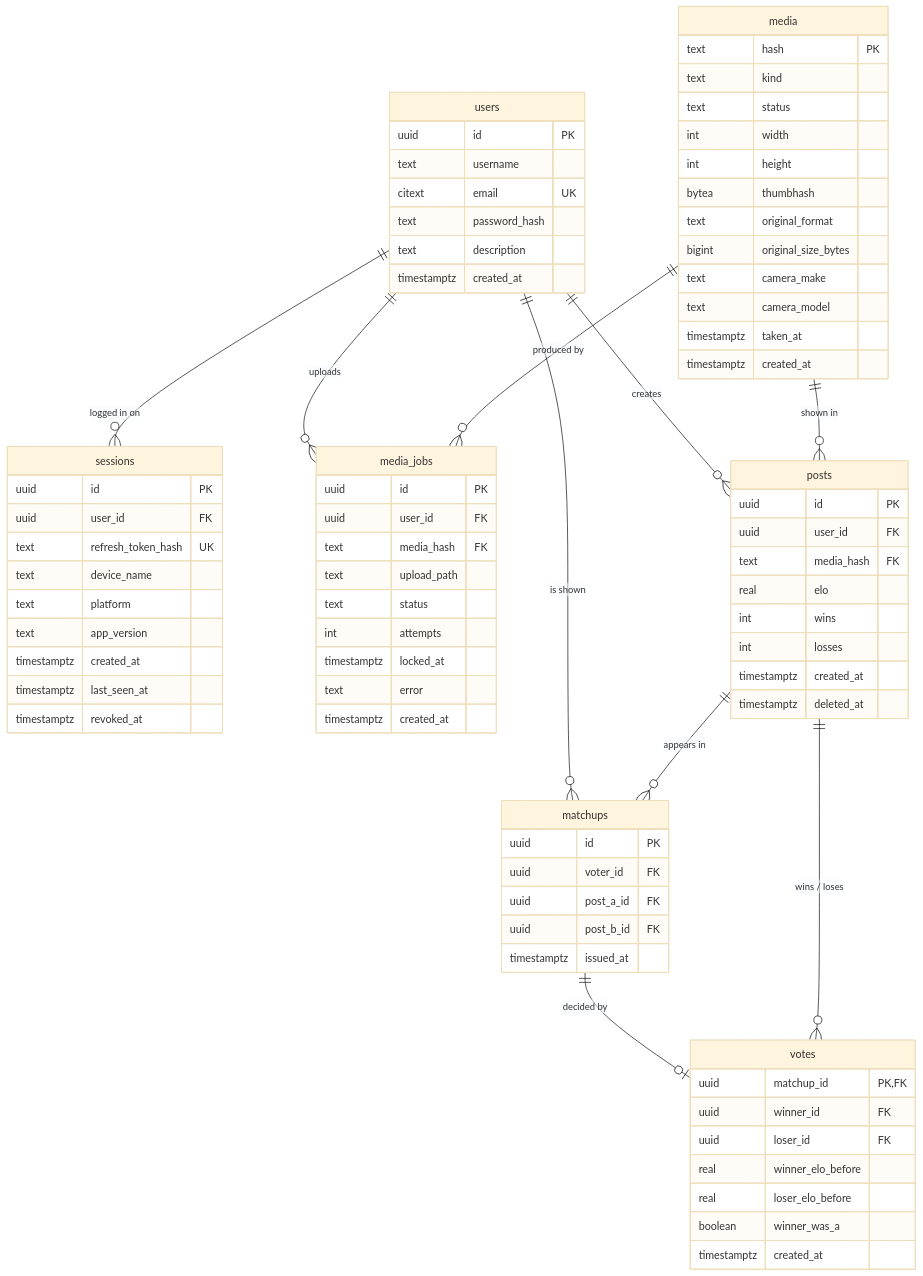
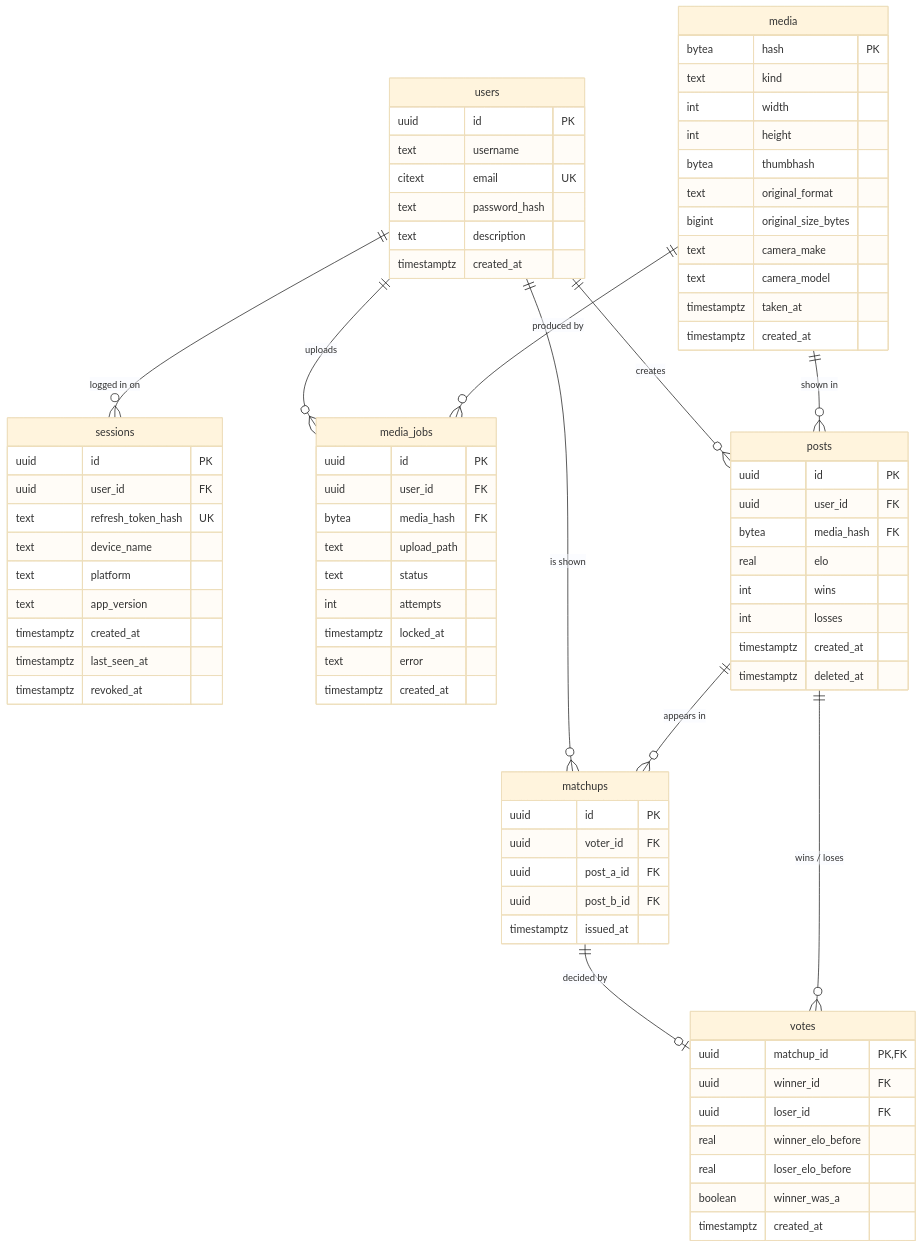
One commit to Aarhus-tech-project/2026q4-h5-projektstyring-og-app-programmering-group-2 changed the diagram in DatabaseDiagram.md. Above: the diagram before and after it, drawn with Mermaid (base theme). The commit also changed 3 other files, not shown here.

Commit message:
Updated Diagrams

```diff
--- a/DatabaseDiagram.md
+++ b/DatabaseDiagram.md
@@ -20,9 +20,8 @@
         timestamptz revoked_at
     }
     media {
-        text hash PK
+        bytea hash PK
         text kind
-        text status
         int width
         int height
         bytea thumbhash
@@ -36,7 +35,7 @@
     media_jobs {
         uuid id PK
         uuid user_id FK
-        text media_hash FK
+        bytea media_hash FK
         text upload_path
         text status
         int attempts
@@ -47,7 +46,7 @@
     posts {
         uuid id PK
         uuid user_id FK
-        text media_hash FK
+        bytea media_hash FK
         real elo
         int wins
         int losses
```
